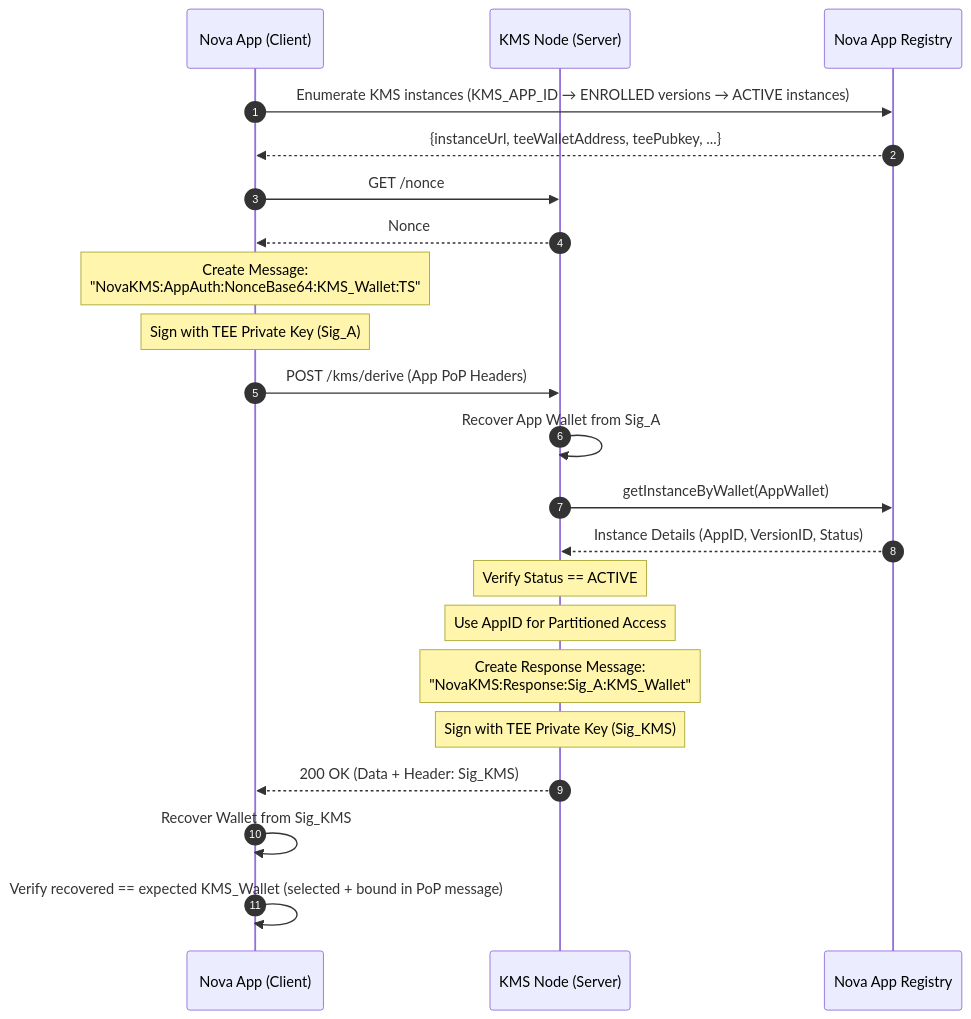
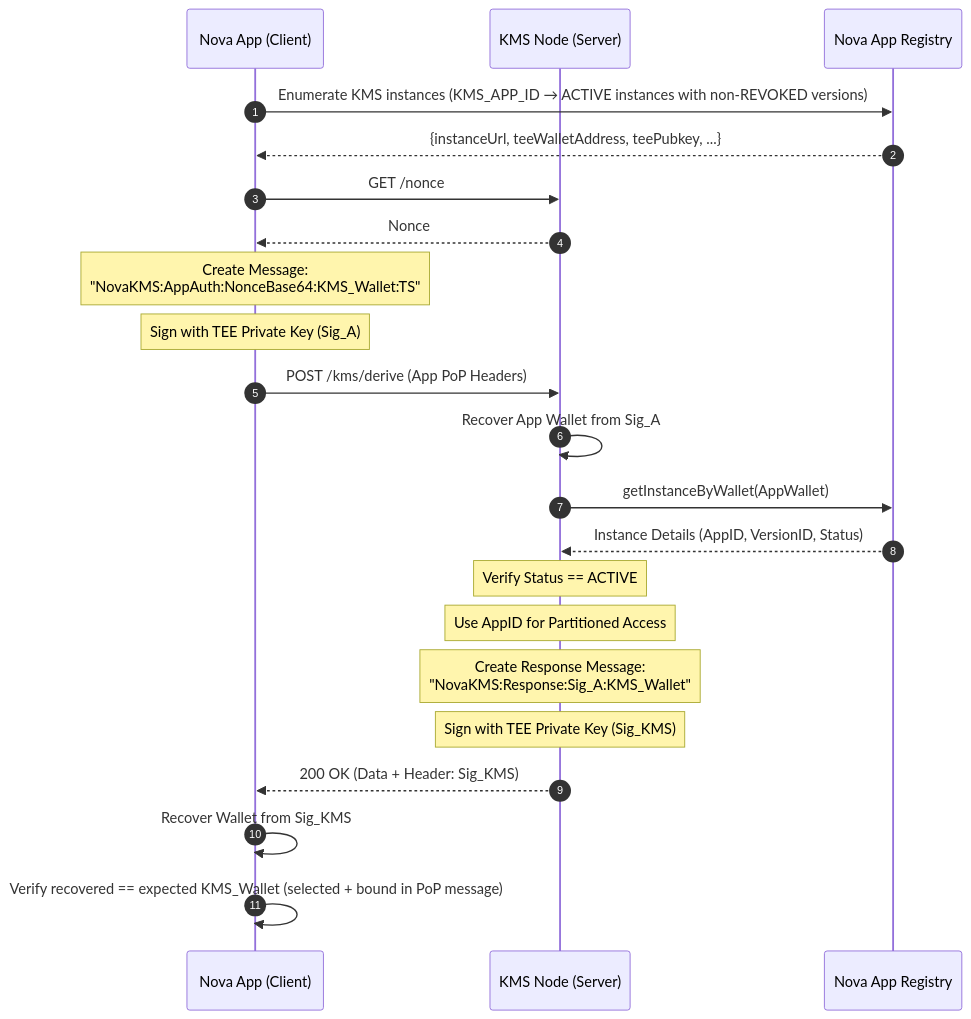
The fifth of 5 diagrams in docs/kms-core-workflows.md (sparsity-xyz/nova-kms), drawn with Mermaid before and after one commit. The commit also changed other lines of this file and 9 other files, not shown here.

````diff
--- a/docs/kms-core-workflows.md
+++ b/docs/kms-core-workflows.md
@@ -286,33 +285,33 @@
 ```mermaid
 sequenceDiagram
     autonumber
     participant App as Nova App (Client)
     participant KMS as KMS Node (Server)
     participant AppReg as Nova App Registry
 
-    App->>AppReg: Enumerate KMS instances (KMS_APP_ID → ENROLLED versions → ACTIVE instances)
+    App->>AppReg: Enumerate KMS instances (KMS_APP_ID → ACTIVE instances with non-REVOKED versions)
     AppReg-->>App: {instanceUrl, teeWalletAddress, teePubkey, ...}
     
     App->>KMS: GET /nonce
     KMS-->>App: Nonce
     
     Note over App: Create Message:<br/>"NovaKMS:AppAuth:NonceBase64:KMS_Wallet:TS"
     Note over App: Sign with TEE Private Key (Sig_A)
     
     App->>KMS: POST /kms/derive (App PoP Headers)
     
     KMS->>KMS: Recover App Wallet from Sig_A
     KMS->>AppReg: getInstanceByWallet(AppWallet)
     AppReg-->>KMS: Instance Details (AppID, VersionID, Status)
     
     Note over KMS: Verify Status == ACTIVE
     Note over KMS: Use AppID for Partitioned Access
     
     Note over KMS: Create Response Message:<br/>"NovaKMS:Response:Sig_A:KMS_Wallet"
     Note over KMS: Sign with TEE Private Key (Sig_KMS)
 
     KMS-->>App: 200 OK (Data + Header: Sig_KMS)
     
     App->>App: Recover Wallet from Sig_KMS
     App->>App: Verify recovered == expected KMS_Wallet (selected + bound in PoP message)
 ```
````
